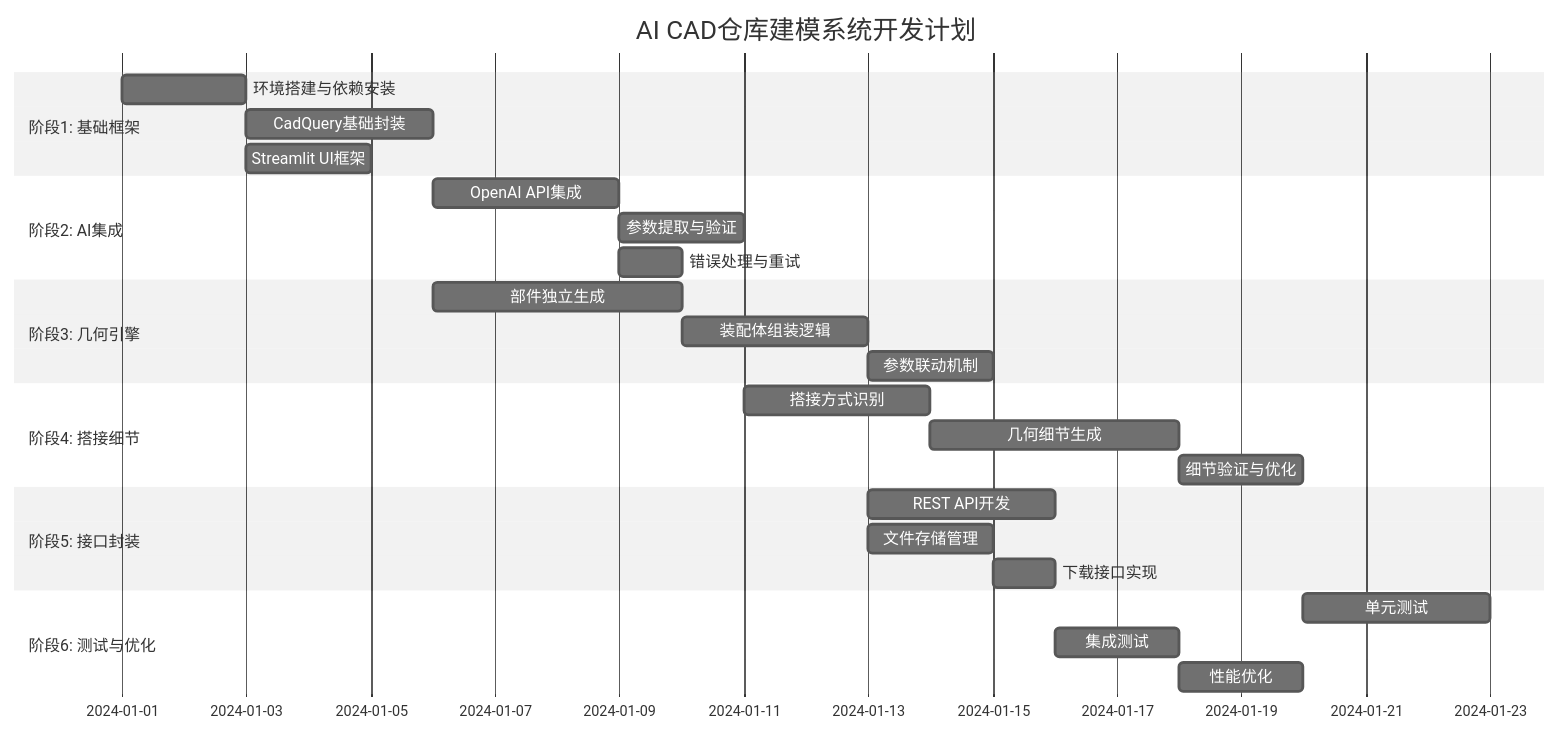
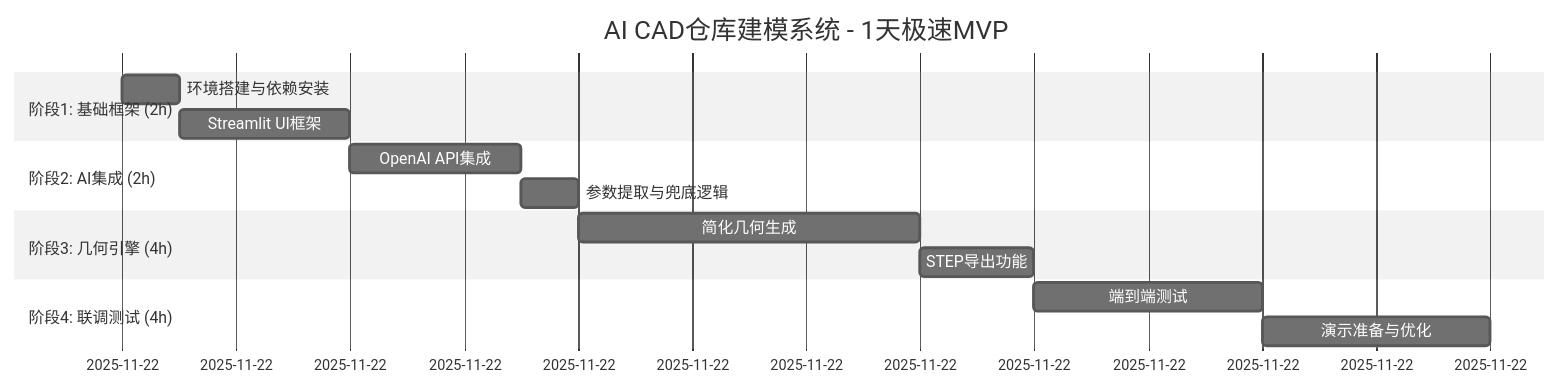
The diagram in docs/IMPLEMENTATION.md (PseudoPau/aicad), drawn with Mermaid (neutral theme) before and after one commit. The commit also changed other lines of this file and 27 other files, not shown here.

````diff
--- a/docs/IMPLEMENTATION.md
+++ b/docs/IMPLEMENTATION.md
@@ -7,29 +9,17 @@
 ```mermaid
 gantt
-    title AI CAD仓库建模系统开发计划
-    dateFormat  YYYY-MM-DD
-    section 阶段1: 基础框架
-    环境搭建与依赖安装     :a1, 2024-01-01, 2d
-    CadQuery基础封装      :a2, after a1, 3d
-    Streamlit UI框架      :a3, after a1, 2d
-    section 阶段2: AI集成
-    OpenAI API集成        :b1, after a2, 3d
-    参数提取与验证        :b2, after b1, 2d
-    错误处理与重试        :b3, after b1, 1d
-    section 阶段3: 几何引擎
-    部件独立生成          :c1, after a2, 4d
-    装配体组装逻辑        :c2, after c1, 3d
-    参数联动机制          :c3, after c2, 2d
-    section 阶段4: 搭接细节
-    搭接方式识别          :d1, after b2, 3d
-    几何细节生成          :d2, after d1, 4d
-    细节验证与优化        :d3, after d2, 2d
-    section 阶段5: 接口封装
-    REST API开发          :e1, after c2, 3d
-    文件存储管理          :e2, after c2, 2d
-    下载接口实现          :e3, after e2, 1d
-    section 阶段6: 测试与优化
-    单元测试              :f1, after d3, 3d
-    集成测试              :f2, after e3, 2d
-    性能优化              :f3, after f2, 2d
+    title AI CAD仓库建模系统 - 1天极速MVP
+    dateFormat  HH:mm
+    section 阶段1: 基础框架 (2h)
+    环境搭建与依赖安装     :a1, 00:00, 30m
+    Streamlit UI框架      :a2, after a1, 1.5h
+    section 阶段2: AI集成 (2h)
+    OpenAI API集成        :b1, after a2, 1.5h
+    参数提取与兜底逻辑    :b2, after b1, 30m
+    section 阶段3: 几何引擎 (4h)
+    简化几何生成          :c1, after b2, 3h
+    STEP导出功能          :c2, after c1, 1h
+    section 阶段4: 联调测试 (4h)
+    端到端测试            :d1, after c2, 2h
+    演示准备与优化        :d2, after d1, 2h
 ```
````
